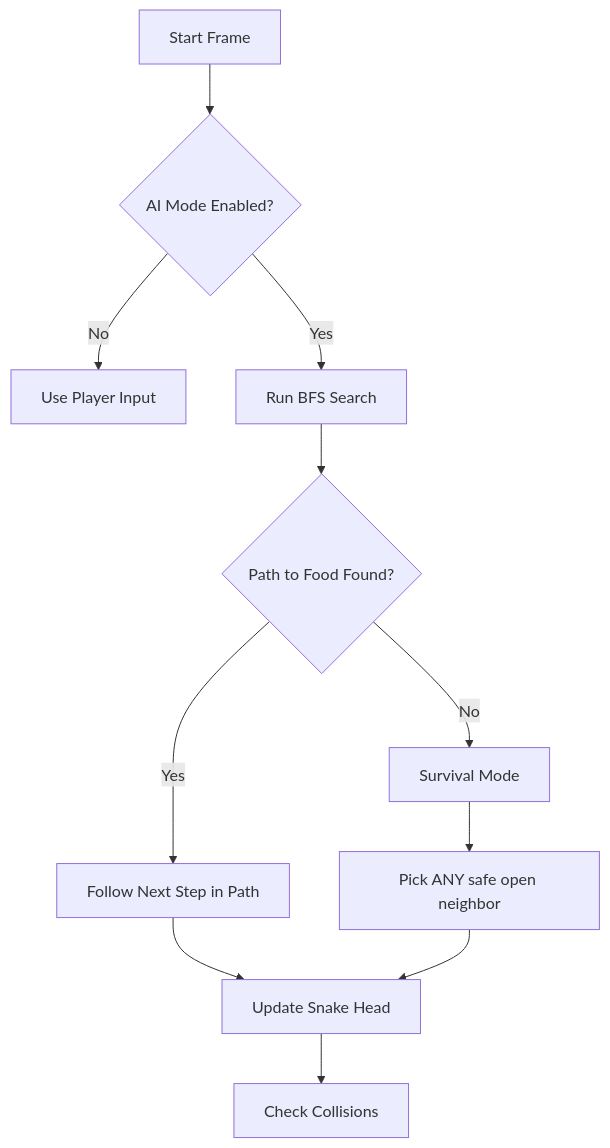
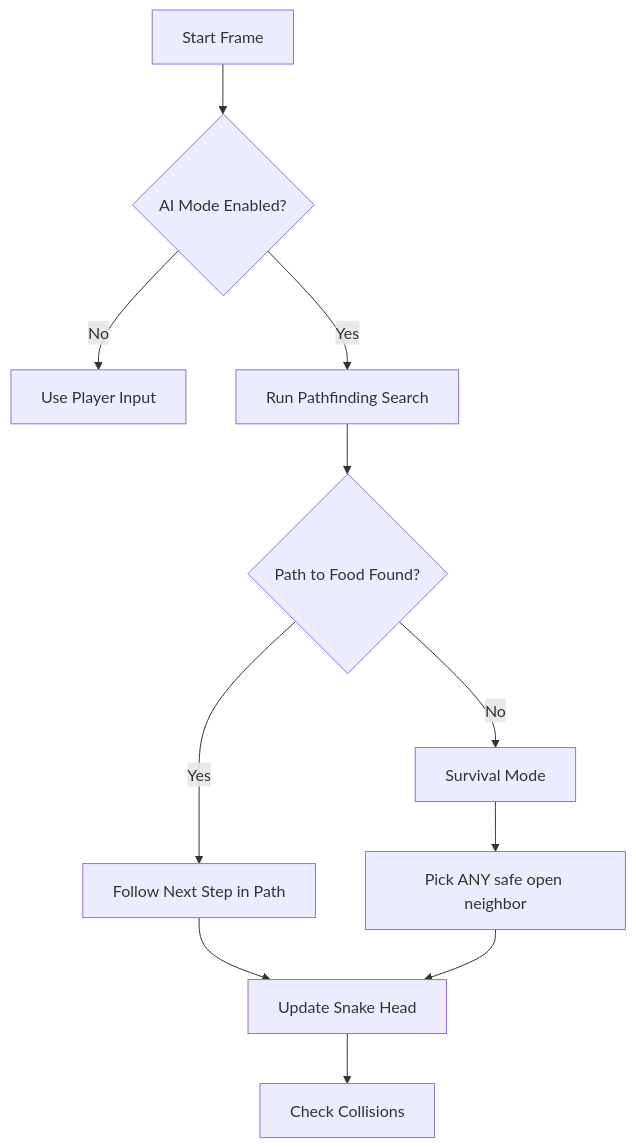
The first of 3 diagrams in IMPLEMENTATION_GUIDE.md (Zahwab/neon-snake-ai), drawn with Mermaid before and after one commit. The commit also changed other lines of this file and 16 other files, not shown here.

````diff
--- a/IMPLEMENTATION_GUIDE.md
+++ b/IMPLEMENTATION_GUIDE.md
@@ -13,13 +13,13 @@
 ```mermaid
 flowchart TD
     A[Start Frame] --> B{AI Mode Enabled?}
     B -- No --> C[Use Player Input]
-    B -- Yes --> D[Run BFS Search]
+    B -- Yes --> D[Run Pathfinding Search]
     D --> E{Path to Food Found?}
     E -- Yes --> F[Follow Next Step in Path]
     E -- No --> G[Survival Mode]
     G --> H[Pick ANY safe open neighbor]
     F --> I[Update Snake Head]
     H --> I
     I --> J[Check Collisions]
 ```
````
